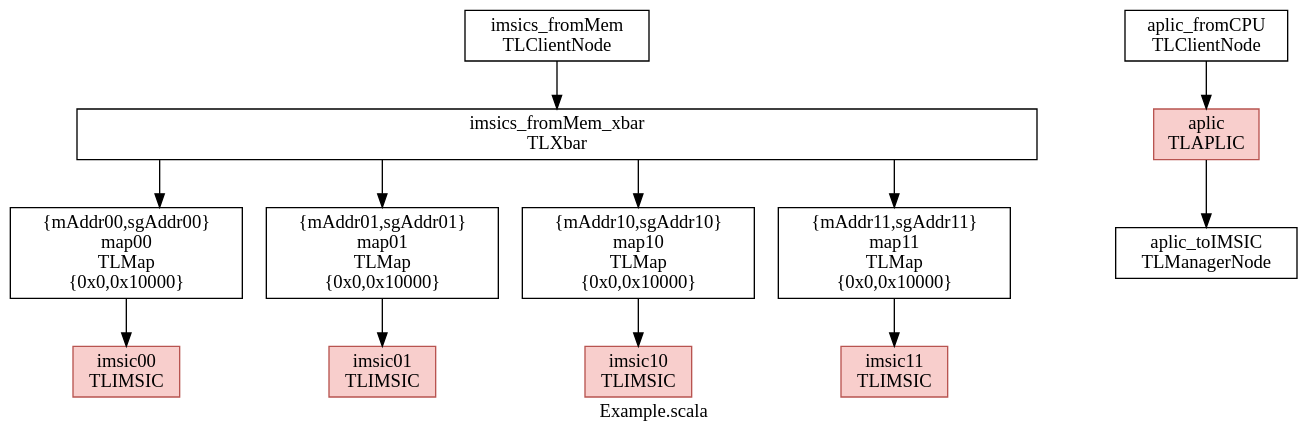
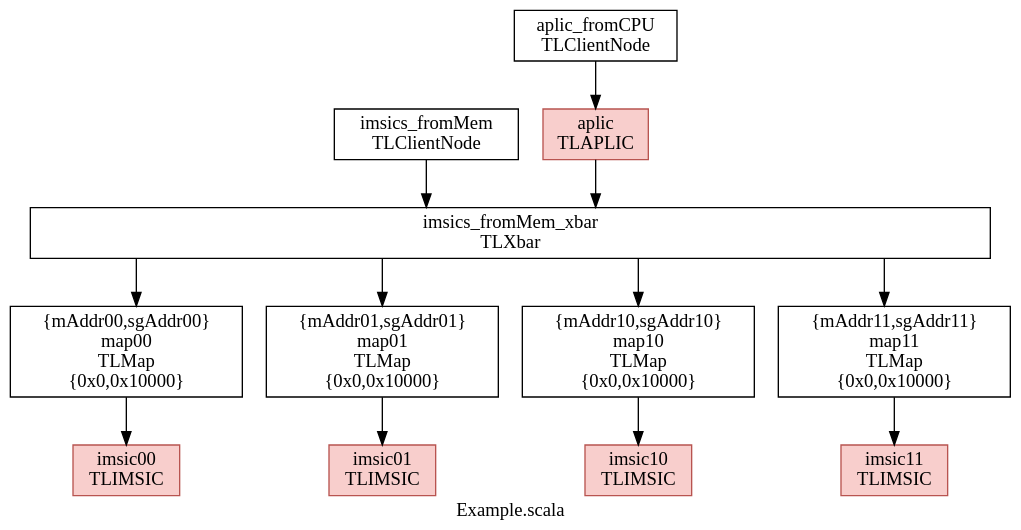
One commit to OpenXiangShan/ChiselAIA changed the diagram in docs/images/example.dot. Above: the diagram before and after it, drawn with Graphviz. The commit also changed 3 other files, not shown here.

Commit message:
aia: integrate APLIC and IMSIC, handle d channel AccessAck

```diff
--- a/docs/images/example.dot
+++ b/docs/images/example.dot
@@ -1,26 +1,25 @@
 digraph {
   bgcolor=transparent;
   label="Example.scala";
   splines=ortho;
   node [shape=box];
 
   imsics_fromMem[label="imsics_fromMem\nTLClientNode"];
   imsics_fromMem_xbar[label="imsics_fromMem_xbar\nTLXbar", width=10];
   imsics_fromMem -> imsics_fromMem_xbar;
   imsic00[label="imsic00\nTLIMSIC", style="filled", fillcolor="#F8CECC", color="#B85450"];
   imsic01[label="imsic01\nTLIMSIC", style="filled", fillcolor="#F8CECC", color="#B85450"];
   imsic10[label="imsic10\nTLIMSIC", style="filled", fillcolor="#F8CECC", color="#B85450"];
   imsic11[label="imsic11\nTLIMSIC", style="filled", fillcolor="#F8CECC", color="#B85450"];
   map00[label="{mAddr00,sgAddr00}\nmap00\nTLMap\n{0x0,0x10000}"];
   map01[label="{mAddr01,sgAddr01}\nmap01\nTLMap\n{0x0,0x10000}"];
   map10[label="{mAddr10,sgAddr10}\nmap10\nTLMap\n{0x0,0x10000}"];
   map11[label="{mAddr11,sgAddr11}\nmap11\nTLMap\n{0x0,0x10000}"];
   imsics_fromMem_xbar -> map00 -> imsic00;
   imsics_fromMem_xbar -> map01 -> imsic01;
   imsics_fromMem_xbar -> map10 -> imsic10;
   imsics_fromMem_xbar -> map11 -> imsic11;
   aplic_fromCPU[label="aplic_fromCPU\nTLClientNode"];
-  aplic_toIMSIC[label="aplic_toIMSIC\nTLManagerNode"];
   aplic[label="aplic\nTLAPLIC", style="filled", fillcolor="#F8CECC", color="#B85450"];
-  aplic_fromCPU -> aplic -> aplic_toIMSIC;
+  aplic_fromCPU -> aplic -> imsics_fromMem_xbar;
 }
```
